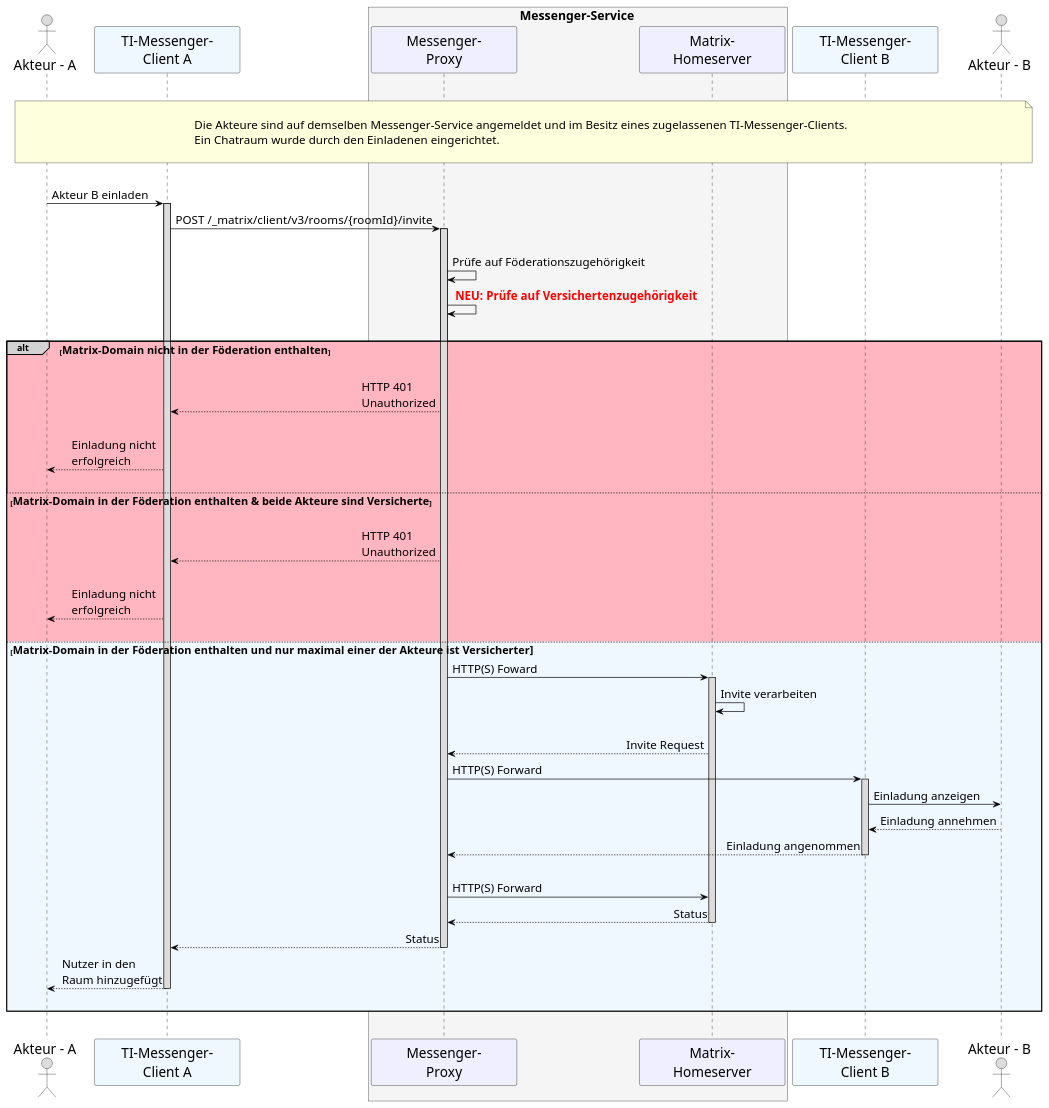
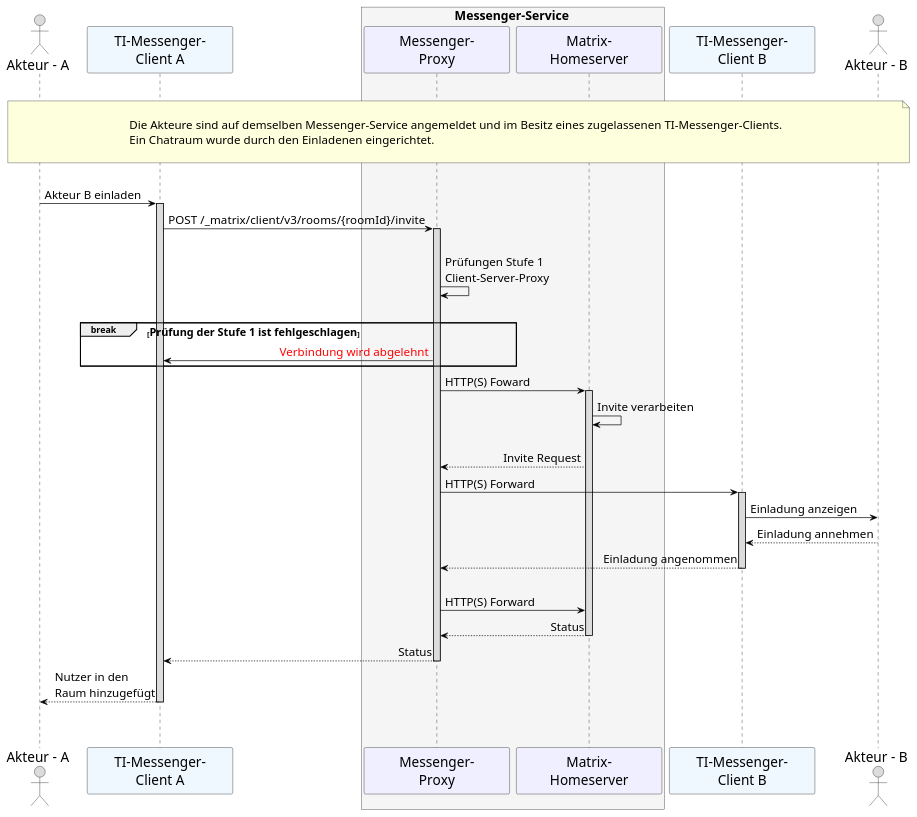
The diagram in src/plantuml/ePA_FDV/UC_10104_Seq_fdv.puml (gematik/api-ti-messenger), drawn with PlantUML before and after one commit. The commit also changed 3 other files, not shown here.

```diff
--- a/src/plantuml/ePA_FDV/UC_10104_Seq_fdv.puml
+++ b/src/plantuml/ePA_FDV/UC_10104_Seq_fdv.puml
@@ -9,86 +9,72 @@
 @startuml
 skinparam sequenceMessageAlign direction
 skinparam minClassWidth 200
 skinparam BoxPadding 1
 skinparam sequenceReferenceHeaderBackgroundColor palegreen
 scale max 2048 width
 
 skinparam sequence {
 ArrowColor black
 ArrowFontSize 17
 ActorBorderColor black
 LifeLineBorderColor black
 LifeLineBackgroundColor Gainsboro
 
 ParticipantBorderColor Motivation
 ParticipantBackgroundColor Motivation
 ParticipantFontName Impact
 ParticipantFontSize 20
 ParticipantFontColor black
 ParticipantBorderColor Black
 ParticipantBackgroundColor MOTIVATION
 
 ActorBackgroundColor Gainsboro
 ActorFontColor black
 ActorFontSize 20
 ActorFontName Aapex
 }
     actor U1 as "Akteur - A"
     participant C1 as "TI-Messenger-\nClient A" #AliceBlue
     box <size:18>Messenger-Service</size> #WhiteSmoke
       participant MP as "Messenger-\nProxy"
       participant MH as "Matrix-\nHomeserver"
     end box
     participant C2 as "TI-Messenger-\nClient B" #AliceBlue
     actor U2 as "Akteur - B"
     
 |||
 note over U1, U2: \n<size:17>Die Akteure sind auf demselben Messenger-Service angemeldet und im Besitz eines zugelassenen TI-Messenger-Clients.\n<size:17>Ein Chatraum wurde durch den Einladenen eingerichtet.</size>\n
 |||
     U1->C1: Akteur B einladen
     activate C1
     C1->MP: POST  /_matrix/client/v3/rooms/{roomId}/invite
     activate MP
     |||
-      MP->MP: Prüfe auf Föderationszugehörigkeit
-      MP->MP: <font color=red> <b>NEU: Prüfe auf Versichertenzugehörigkeit 
+      MP->MP: Prüfungen Stufe 1\nClient-Server-Proxy
     |||
+    break <size:16>Prüfung der Stufe 1 ist fehlgeschlagen</size> 
+    MP->C1: <font color=red>Verbindung wird abgelehnt</font>
+    end
     
-    alt#LightGrey #LightPink <size:16>Matrix-Domain nicht in der Föderation enthalten</size>
-      |||
-      MP-->C1: HTTP 401 \nUnauthorized
-      |||
-      C1-->U1: Einladung nicht \nerfolgreich
-      |||
-    
-      else <size:16>Matrix-Domain in der Föderation enthalten & beide Akteure sind Versicherte</size>
-      |||
-      MP-->C1: HTTP 401 \nUnauthorized
-      |||
-      C1-->U1: Einladung nicht \nerfolgreich
-      |||
-
-      else #AliceBlue <size:16>Matrix-Domain in der Föderation enthalten und nur maximal einer der Akteure ist Versicherter
       MP->MH: HTTP(S) Foward
         activate MH
       MH->MH: Invite verarbeiten
       |||
           MH-->MP: Invite Request
           MP->C2: HTTP(S) Forward
             activate C2 
           C2->U2: Einladung anzeigen
           U2-->C2: Einladung annehmen
           C2-->MP: Einladung angenommen
           deactivate C2
           |||
           MP->MH: HTTP(S) Forward
           MH-->MP: Status
             deactivate MH
           MP-->C1: Status
           deactivate MP
           C1-->U1: Nutzer in den \nRaum hinzugefügt
           deactivate C1
         |||
-        end
  |||
 @enduml
```
